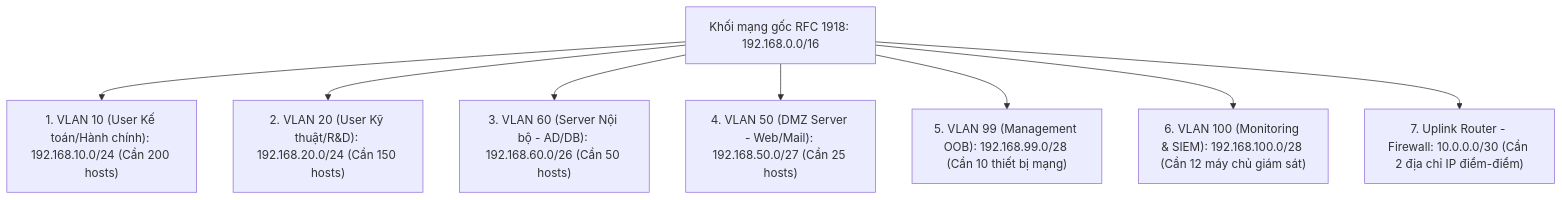
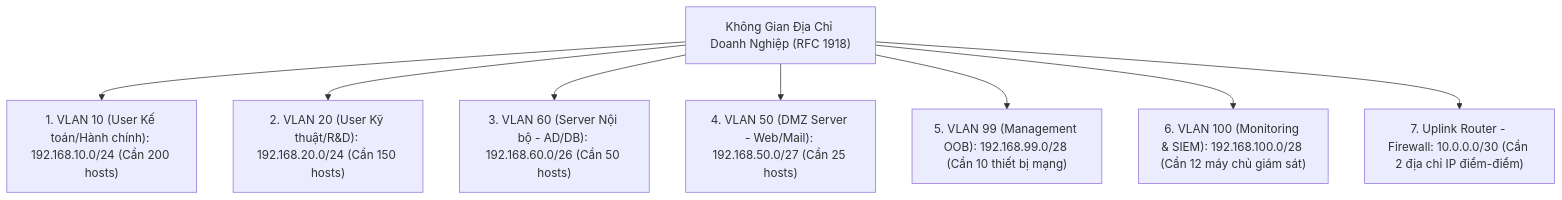
Before and after one commit to anhxuan2712/enterprise-network-security-monitoring: the second of 2 diagrams in Documents/01_Network_Fundamentals.md, drawn with Mermaid. The commit also changed other lines of this file, not shown here.

````diff
--- a/Documents/01_Network_Fundamentals.md
+++ b/Documents/01_Network_Fundamentals.md
@@ -266,12 +266,12 @@
 ```mermaid
 flowchart TD
-    ROOT["Khối mạng gốc RFC 1918: 192.168.0.0/16"]
+    ROOT["Không Gian Địa Chỉ Doanh Nghiệp (RFC 1918)"]
     
     ROOT --> S1["1. VLAN 10 (User Kế toán/Hành chính): 192.168.10.0/24 (Cần 200 hosts)"]
     ROOT --> S2["2. VLAN 20 (User Kỹ thuật/R&D): 192.168.20.0/24 (Cần 150 hosts)"]
     ROOT --> S3["3. VLAN 60 (Server Nội bộ - AD/DB): 192.168.60.0/26 (Cần 50 hosts)"]
     ROOT --> S4["4. VLAN 50 (DMZ Server - Web/Mail): 192.168.50.0/27 (Cần 25 hosts)"]
     ROOT --> S5["5. VLAN 99 (Management OOB): 192.168.99.0/28 (Cần 10 thiết bị mạng)"]
     ROOT --> S6["6. VLAN 100 (Monitoring & SIEM): 192.168.100.0/28 (Cần 12 máy chủ giám sát)"]
     ROOT --> S7["7. Uplink Router - Firewall: 10.0.0.0/30 (Cần 2 địa chỉ IP điểm-điểm)"]
 ```
````
